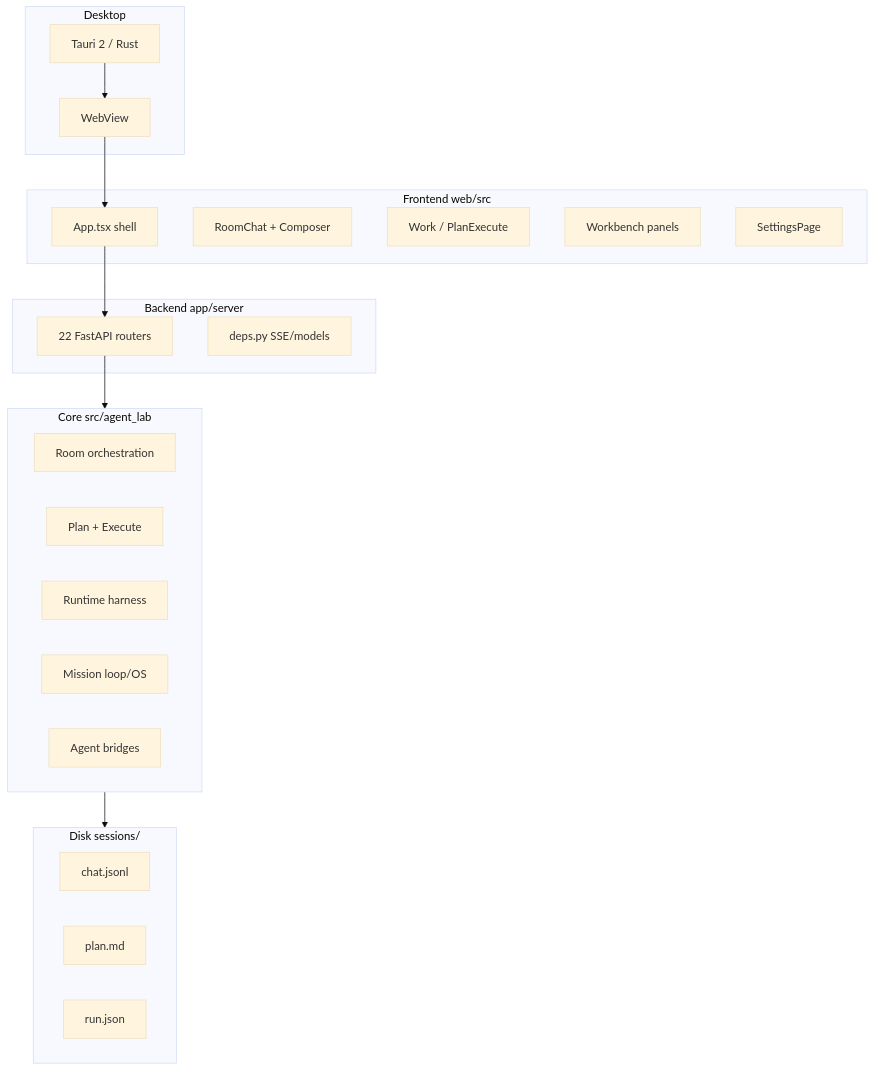
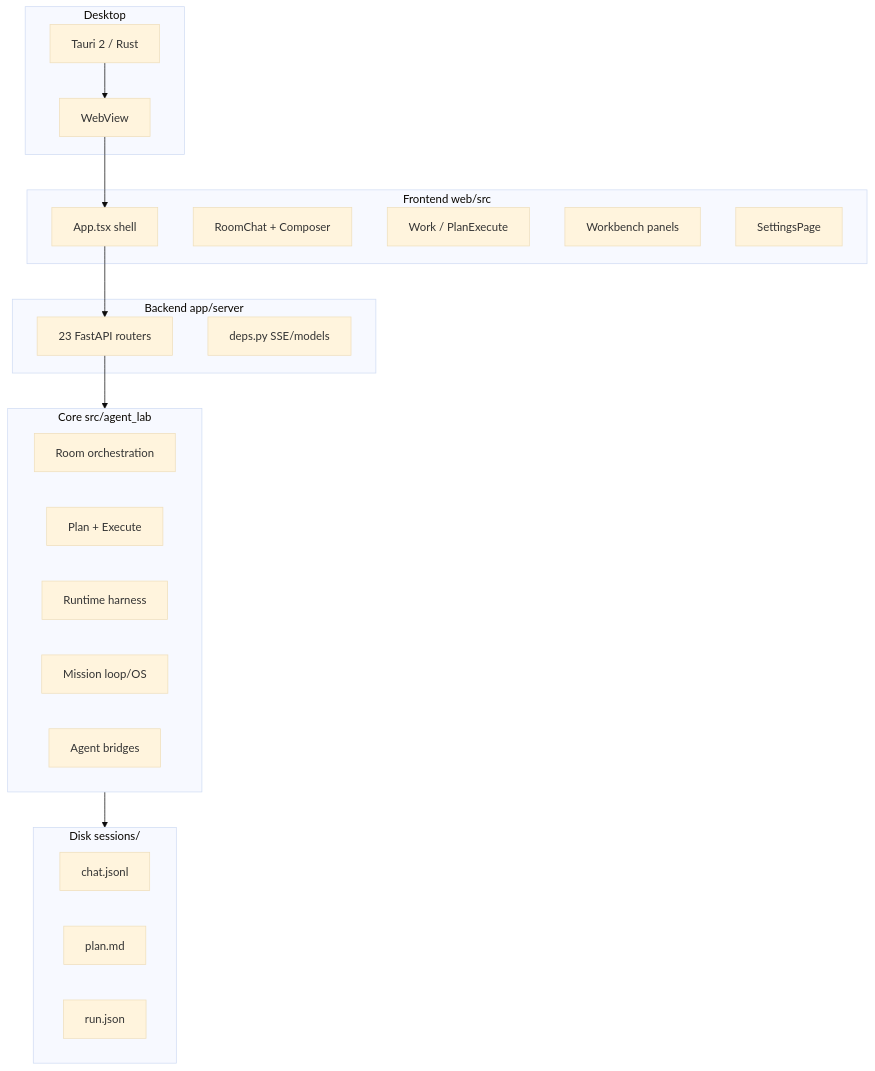
The diagram in docs/ARCHITECTURE.md (dbswhd/agent-lab), drawn with Mermaid (base theme) before and after one commit. The commit also changed other lines of this file and 1 other file, not shown here.

First line of the commit message:
docs: document P0-P5 backend-hardening layer in ARCHITECTURE + USER-GUIDE

````diff
--- a/docs/ARCHITECTURE.md
+++ b/docs/ARCHITECTURE.md
@@ -25,39 +25,39 @@
 ```mermaid
 flowchart TB
     subgraph desktop["Desktop"]
         Tauri[Tauri 2 / Rust]
         WebView[WebView]
     end
 
     subgraph frontend["Frontend web/src"]
         App[App.tsx shell]
         RoomUI[RoomChat + Composer]
         WorkUI[Work / PlanExecute]
         WB[Workbench panels]
         Settings[SettingsPage]
     end
 
     subgraph api["Backend app/server"]
-        Routers[22 FastAPI routers]
+        Routers[23 FastAPI routers]
         Deps[deps.py SSE/models]
     end
 
     subgraph core["Core src/agent_lab"]
         Room[Room orchestration]
         Plan[Plan + Execute]
         Runtime[Runtime harness]
         Mission[Mission loop/OS]
         Agents[Agent bridges]
     end
 
     subgraph disk["Disk sessions/"]
         Chat[chat.jsonl]
         PlanMd[plan.md]
         Run[run.json]
     end
 
     Tauri --> WebView --> App
     App --> Routers
     Routers --> core
     core --> disk
 ```
````
